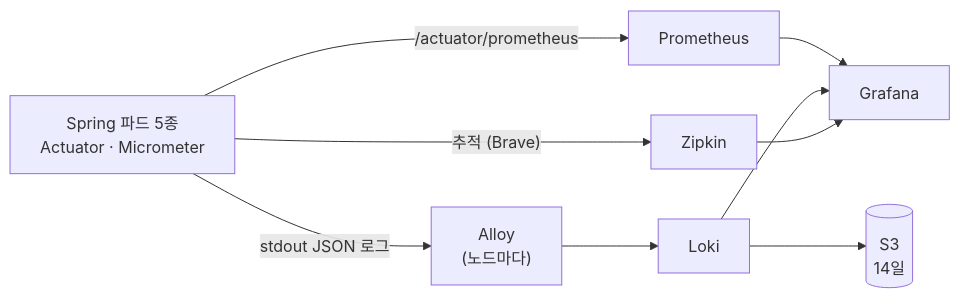
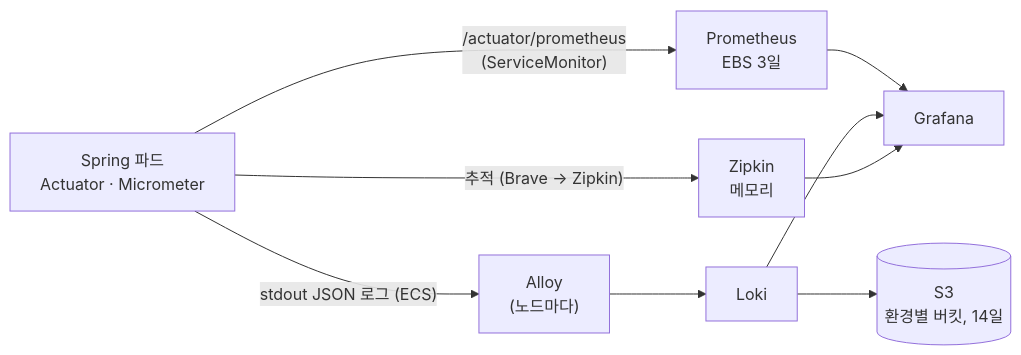
The diagram in platform/observability/README.md (sesac-freshlink/gitops), drawn with Mermaid before and after one commit. The commit also changed other lines of this file and 19 other files, not shown here.

First line of the commit message:
feat(I-03): 관측성 스택을 App of Apps로 환경별 설치 (dev 켬, prod 끔) (#6)

````diff
--- a/platform/observability/README.md
+++ b/platform/observability/README.md
@@ -15,7 +28,7 @@
 ```mermaid
 flowchart LR
-    APP["Spring 파드 5종<br/>Actuator · Micrometer"] -- "/actuator/prometheus" --> P["Prometheus"]
-    APP -- "추적 (Brave)" --> Z["Zipkin"]
-    APP -- "stdout JSON 로그" --> A["Alloy<br/>(노드마다)"] --> L["Loki"] --> S3[("S3<br/>14일")]
+    APP["Spring 파드<br/>Actuator · Micrometer"] -- "/actuator/prometheus<br/>(ServiceMonitor)" --> P["Prometheus<br/>EBS 3일"]
+    APP -- "추적 (Brave → Zipkin)" --> Z["Zipkin<br/>메모리"]
+    APP -- "stdout JSON 로그 (ECS)" --> A["Alloy<br/>(노드마다)"] --> L["Loki"] --> S3[("S3<br/>환경별 버킷, 14일")]
     P & L & Z --> G["Grafana"]
 ```
````
